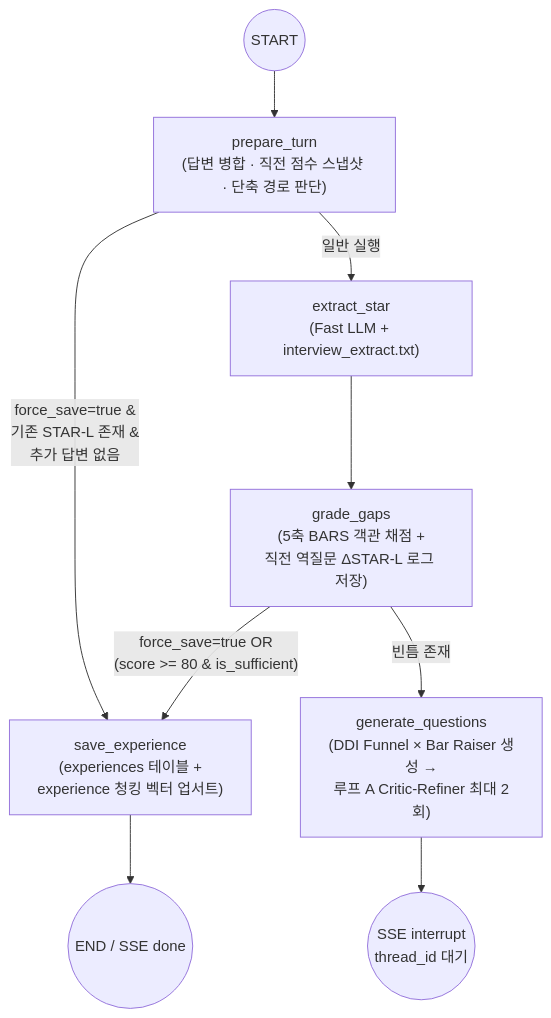
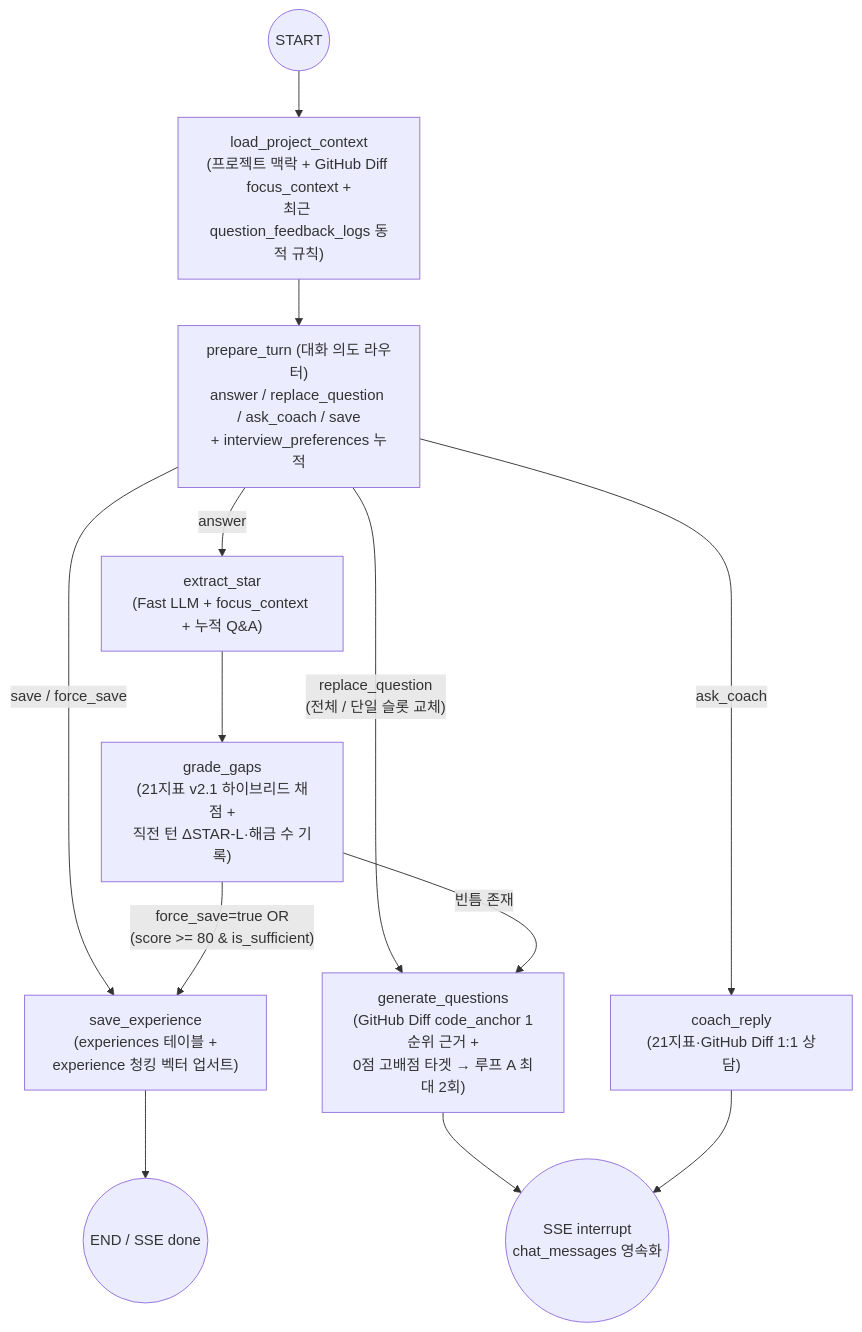
Before and after one commit to KASOP0306/write-on-vibe-lab: the second of 5 diagrams in WORKFLOWS.md, drawn with Mermaid. The commit also changed other lines of this file and 5 other files, not shown here.

Commit message:
docs: sync all markdown docs with Interview v3.0, Belief Pillars, Copilot STAR-L sync, and GitHub integration

````diff
--- a/WORKFLOWS.md
+++ b/WORKFLOWS.md
@@ -62,11 +63,15 @@
 ```mermaid
 flowchart TD
-    S((START)) --> P["prepare_turn\n(답변 병합 · 직전 점수 스냅샷 · 단축 경로 판단)"]
-    P -->|"force_save=true &\n기존 STAR-L 존재 &\n추가 답변 없음"| SAVE
-    P -->|"일반 실행"| EXT["extract_star\n(Fast LLM + interview_extract.txt)"]
-    EXT --> GRADE["grade_gaps\n(5축 BARS 객관 채점 +\n직전 역질문 ΔSTAR-L 로그 저장)"]
+    S((START)) --> LP["load_project_context\n(프로젝트 맥락 + GitHub Diff focus_context +\n최근 question_feedback_logs 동적 규칙)"]
+    LP --> P["prepare_turn (대화 의도 라우터)\nanswer / replace_question / ask_coach / save\n+ interview_preferences 누적"]
+    P -->|"save / force_save"| SAVE
+    P -->|"ask_coach"| COACH["coach_reply\n(21지표·GitHub Diff 1:1 상담)"]
+    P -->|"replace_question\n(전체 / 단일 슬롯 교체)"| Q
+    P -->|"answer"| EXT["extract_star\n(Fast LLM + focus_context + 누적 Q&A)"]
+    EXT --> GRADE["grade_gaps\n(21지표 v2.1 하이브리드 채점 +\n직전 턴 ΔSTAR-L·해금 수 기록)"]
     GRADE -->|"force_save=true OR\n(score >= 80 & is_sufficient)"| SAVE["save_experience\n(experiences 테이블 +\nexperience 청킹 벡터 업서트)"]
-    GRADE -->|"빈틈 존재"| Q["generate_questions\n(DDI Funnel × Bar Raiser 생성 →\n루프 A Critic-Refiner 최대 2회)"]
-    Q --> INT(("SSE interrupt\nthread_id 대기"))
+    GRADE -->|"빈틈 존재"| Q["generate_questions\n(GitHub Diff code_anchor 1순위 근거 +\n0점 고배점 타겟 → 루프 A 최대 2회)"]
+    Q --> INT(("SSE interrupt\nchat_messages 영속화"))
+    COACH --> INT
     SAVE --> E((END / SSE done))
 ```
````
